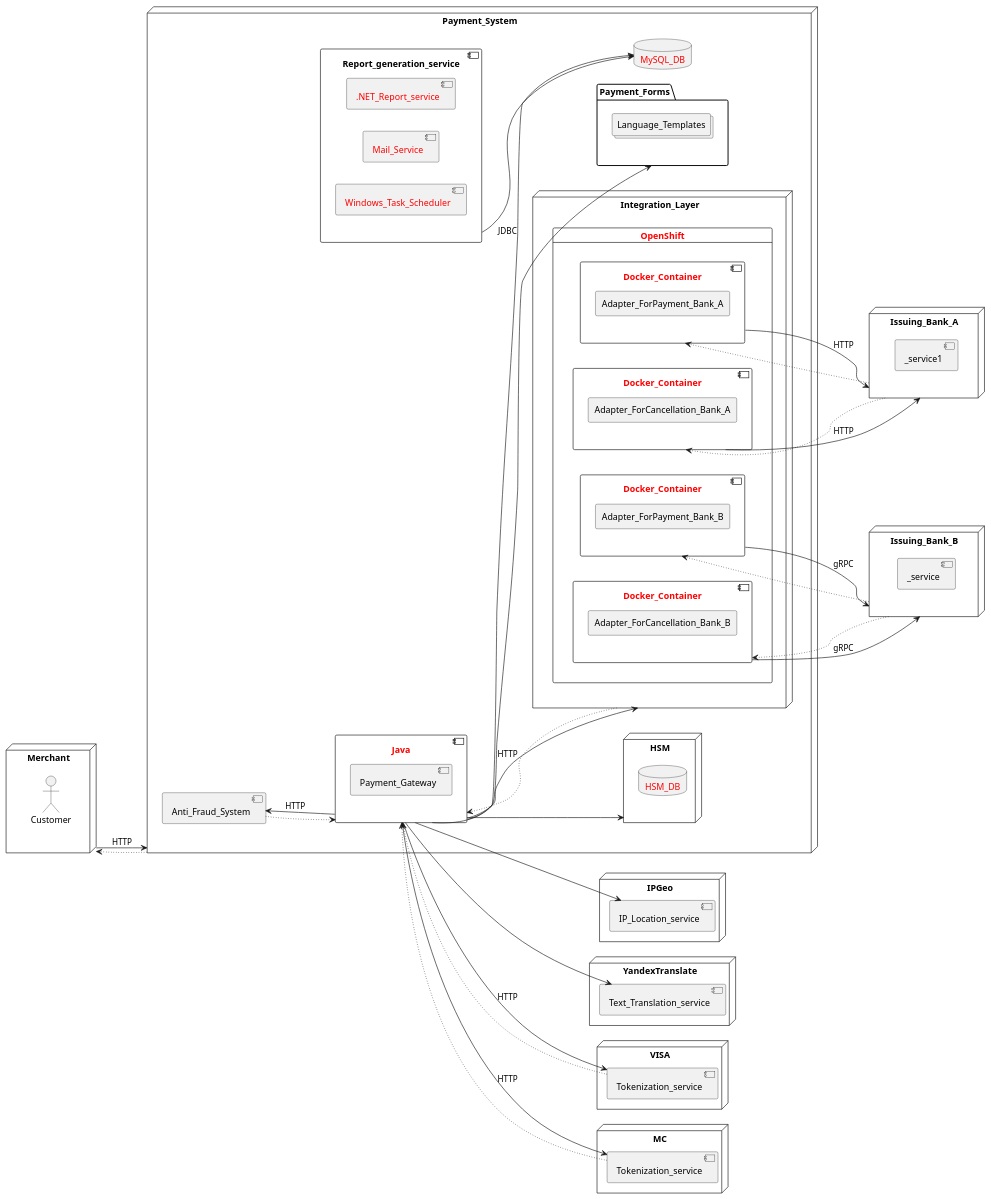
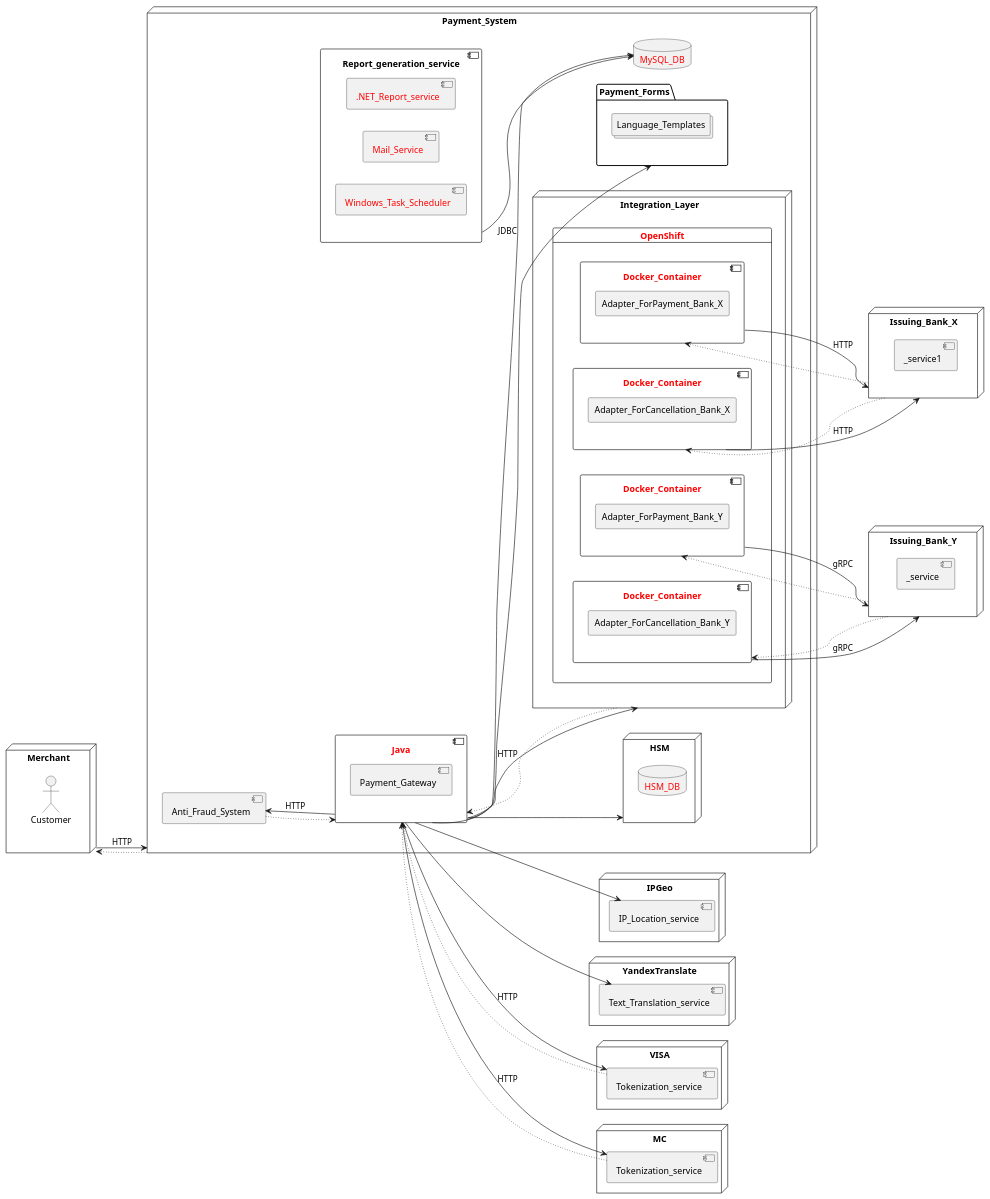
Before and after one commit to Hello-Stella/Solutions: the diagram in .idea/src/main/OpenApi/3 System architecture/3.1 Component diagram.puml, drawn with PlantUML.

```diff
--- a/.idea/src/main/OpenApi/3 System architecture/3.1 Component diagram.puml
+++ b/.idea/src/main/OpenApi/3 System architecture/3.1 Component diagram.puml
@@ -1,120 +1,120 @@
 @startuml
 
 left to right direction
 
 
 node Merchant as A{
 actor Customer
 }
 
 
 node Payment_System as B {
 component Java as C #text:red{
 component Payment_Gateway
 }
 
 
 component Anti_Fraud_System as D
 node Integration_Layer as E {
 card OpenShift #text:red {
 
 component Docker_Container as F #text:red {
-agent Adapter_ForPayment_Bank_A
+agent Adapter_ForPayment_Bank_X
 }
 
 component Docker_Container as F1 #text:red {
-agent Adapter_ForCancellation_Bank_A
+agent Adapter_ForCancellation_Bank_X
 }
 
 
 component Docker_Container as G #text:red {
-agent Adapter_ForPayment_Bank_B
+agent Adapter_ForPayment_Bank_Y
 }
 
 component Docker_Container as G1 #text:red {
-agent Adapter_ForCancellation_Bank_B
+agent Adapter_ForCancellation_Bank_Y
 }
 
 }
 
 }
 
 database MySQL_DB as DB #text:red
 
 node HSM as U {
 database HSM_DB #text:red
 }
 
 folder Payment_Forms as L {
 collections Language_Templates
 
 }
 
  component Report_generation_service as Y {
    component ".NET_Report_service" #text:red {
 }
    component Mail_Service #text:red{
 }
 
    component Windows_Task_Scheduler #text:red{
 }
 
 }
 
 }
 
 
 
 node IPGeo {
 component IP_Location_service as M
 }
 
 node YandexTranslate {
 component Text_Translation_service as MM
 }
 
 node VISA {
 component Tokenization_service as H
 }
 
 node MC {
 component Tokenization_service as I
 }
 
 
-node Issuing_Bank_A as J {
+node Issuing_Bank_X as J {
 component _service1
 }
 
 
-node Issuing_Bank_B as K {
+node Issuing_Bank_Y as K {
 component _service
 }
 
 
 A-->B : HTTP
 B~~>A
 C-->L
 C-->E : HTTP
 E~~>C
 C-->D : HTTP
 D~~>C
 C-->DB : JDBC
 C-->U
 C-->H : HTTP
 H~~>C
 C-->M
 C-->MM
 C-->I : HTTP
 I~~>C
 F-->J : HTTP
 J~~>F
 F1-->J : HTTP
 J~~>F1
 G-->K : gRPC
 K~~>G
 G1-->K : gRPC
 K~~>G1
 Y-->DB
 
 @enduml
```
